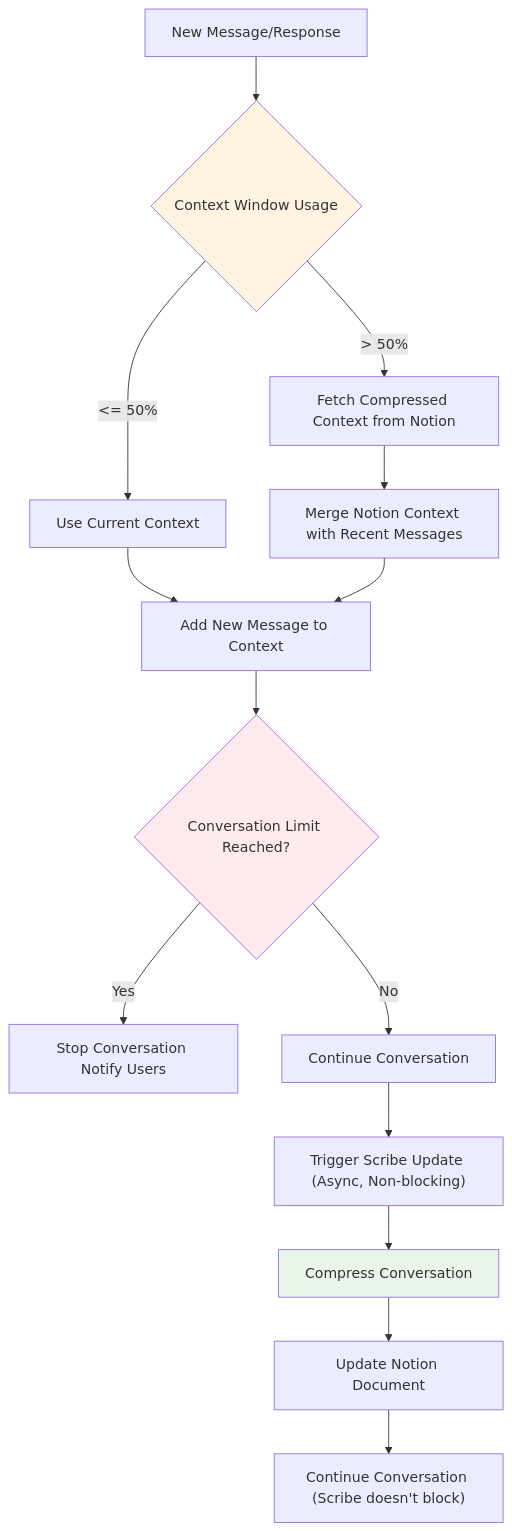
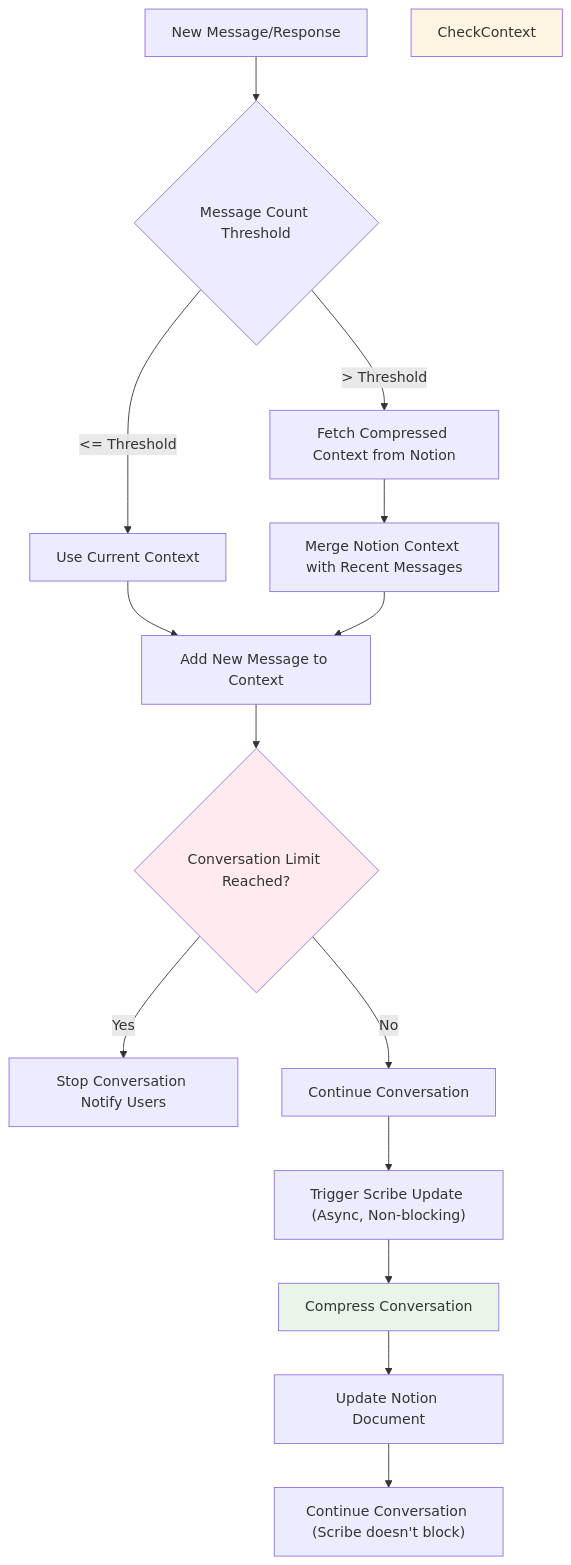
The fourth of 16 diagrams in ARCHITECTURE.md (jak-pan/super-brainstorm-bot), drawn with Mermaid before and after one commit. The commit also changed other lines of this file and 40 other files, not shown here.

````diff
--- a/ARCHITECTURE.md
+++ b/ARCHITECTURE.md
@@ -303,23 +361,23 @@
 ```mermaid
 flowchart TD
-    Start[New Message/Response] --> CheckContext{Context Window Usage}
-    CheckContext -->|> 50%| FetchNotion[Fetch Compressed Context from Notion]
-    CheckContext -->|<= 50%| UseCurrent[Use Current Context]
+    Start[New Message/Response] --> CheckMessageCount{Message Count Threshold}
+    CheckMessageCount -->|> Threshold| FetchNotion[Fetch Compressed Context from Notion]
+    CheckMessageCount -->|<= Threshold| UseCurrent[Use Current Context]
     
     FetchNotion --> MergeContext[Merge Notion Context with Recent Messages]
     UseCurrent --> AddMessage[Add New Message to Context]
     MergeContext --> AddMessage
     
     AddMessage --> CheckLimit{Conversation Limit Reached?}
     CheckLimit -->|Yes| StopConversation[Stop Conversation Notify Users]
     CheckLimit -->|No| Continue[Continue Conversation]
     
     Continue --> TriggerScribe["Trigger Scribe Update (Async, Non-blocking)"]
     TriggerScribe --> Compress[Compress Conversation]
     Compress --> UpdateNotion[Update Notion Document]
     UpdateNotion --> ContinueConversation["Continue Conversation (Scribe doesn't block)"]
     
     style CheckContext fill:#fff4e1
     style CheckLimit fill:#ffebee
     style Compress fill:#e8f5e9
 ```
````
